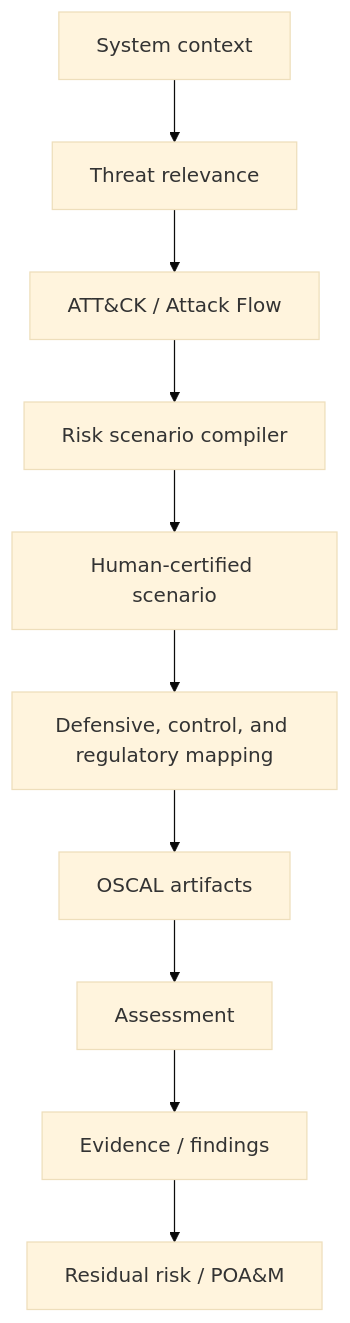
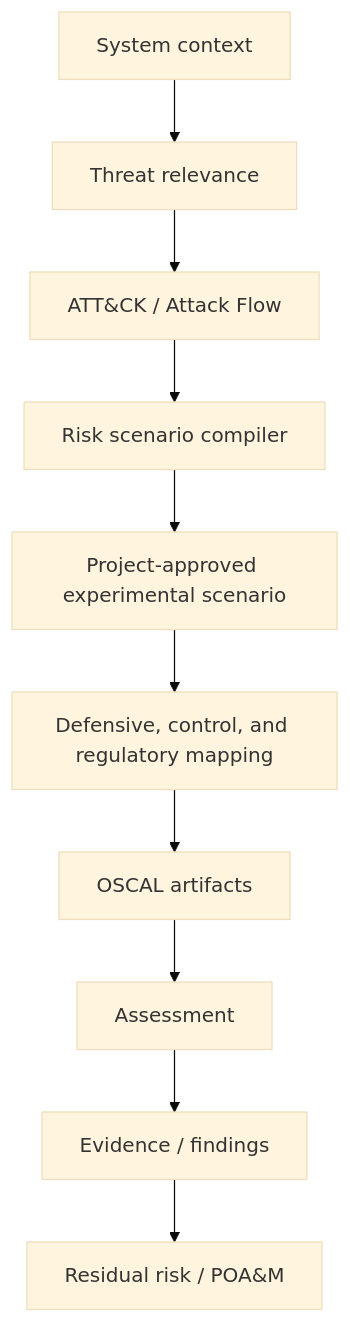
The diagram in README.md (0xmichail/ToBeDecidedLater), drawn with Mermaid (base theme) before and after one commit. The commit also changed other lines of this file and 10 other files, not shown here.

````diff
--- a/README.md
+++ b/README.md
@@ -46,13 +70,13 @@
 ```mermaid
 flowchart TD
     A[System context] --> B[Threat relevance]
     B --> C[ATT&CK / Attack Flow]
     C --> D[Risk scenario compiler]
-    D --> E[Human-certified scenario]
+    D --> E[Project-approved experimental scenario]
 
     E --> F[Defensive, control, and regulatory mapping]
     F --> G[OSCAL artifacts]
     G --> H[Assessment]
     H --> I[Evidence / findings]
     I --> J[Residual risk / POA&M]
 ```
````
